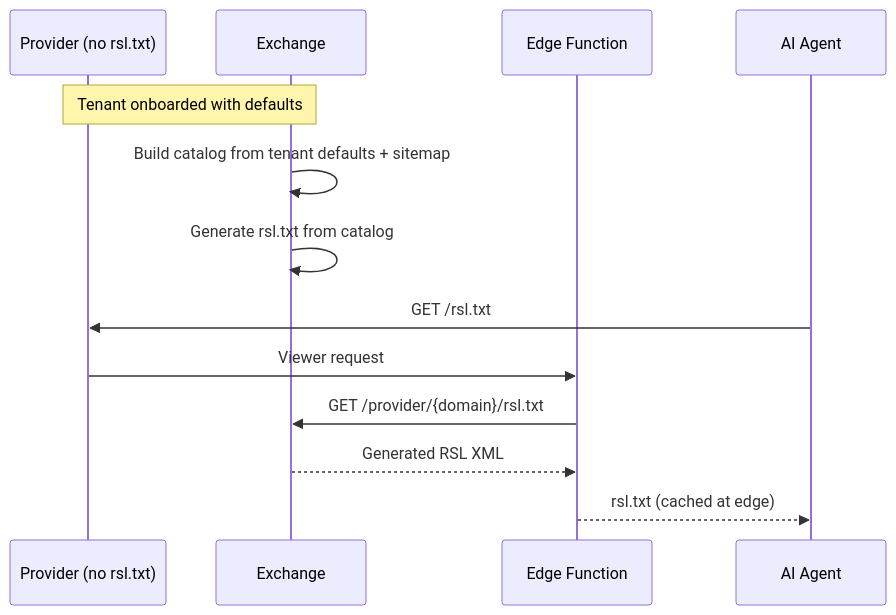
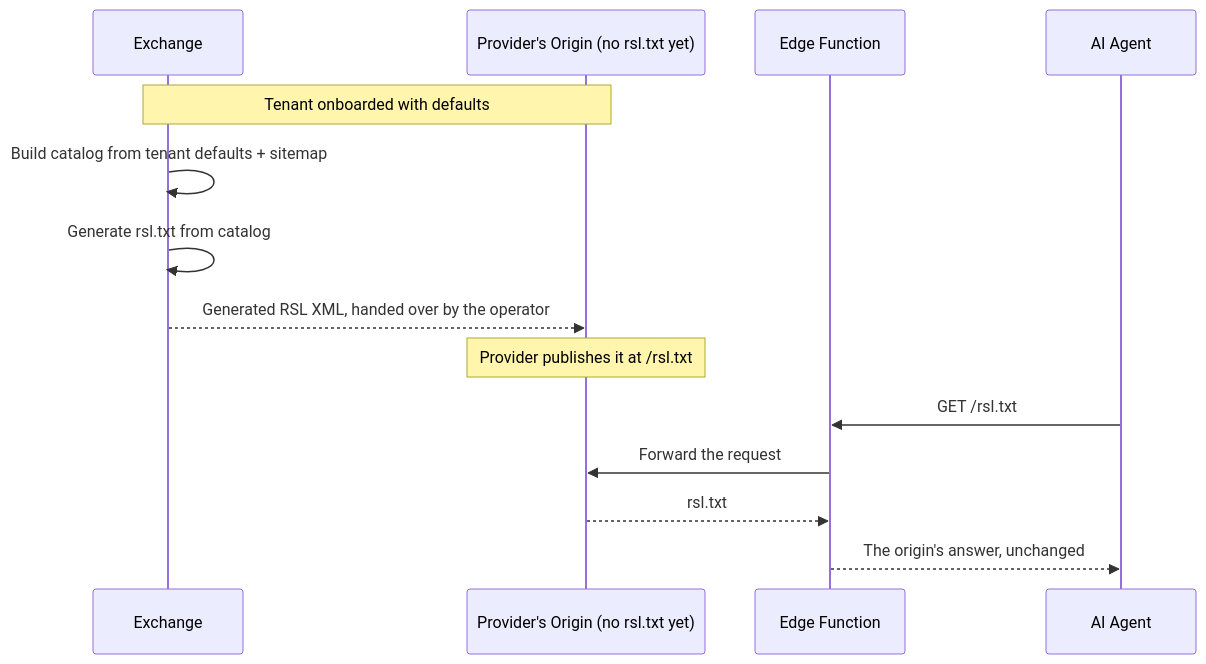
The first of 2 diagrams in website/src/content/docs/components/content-ingestion/rsl-generation.mdx (FORA-Protocol/protocol), drawn with Mermaid before and after one commit. The commit also changed other lines of this file and 7 other files, not shown here.

First line of the commit message:
Prove a domain with the fora.json it serves on the provider and Exchange pages

````diff
--- a/website/src/content/docs/components/content-ingestion/rsl-generation.mdx
+++ b/website/src/content/docs/components/content-ingestion/rsl-generation.mdx
@@ -10,18 +10,20 @@
 ```mermaid
 sequenceDiagram
-    participant PUB as Provider (no rsl.txt)
     participant MP as Exchange
+    participant PUB as Provider's Origin (no rsl.txt yet)
     participant EDGE as Edge Function
     participant AGENT as AI Agent
 
     Note over PUB,MP: Tenant onboarded with defaults
 
     MP->>MP: Build catalog from tenant defaults + sitemap
     MP->>MP: Generate rsl.txt from catalog
 
-    AGENT->>PUB: GET /rsl.txt
-    PUB->>EDGE: Viewer request
-    EDGE->>MP: GET /provider/{domain}/rsl.txt
-    MP-->>EDGE: Generated RSL XML
-    EDGE-->>AGENT: rsl.txt (cached at edge)
+    MP-->>PUB: Generated RSL XML, handed over by the operator
+    Note over PUB: Provider publishes it at /rsl.txt
+
+    AGENT->>EDGE: GET /rsl.txt
+    EDGE->>PUB: Forward the request
+    PUB-->>EDGE: rsl.txt
+    EDGE-->>AGENT: The origin's answer, unchanged
 ```
````
